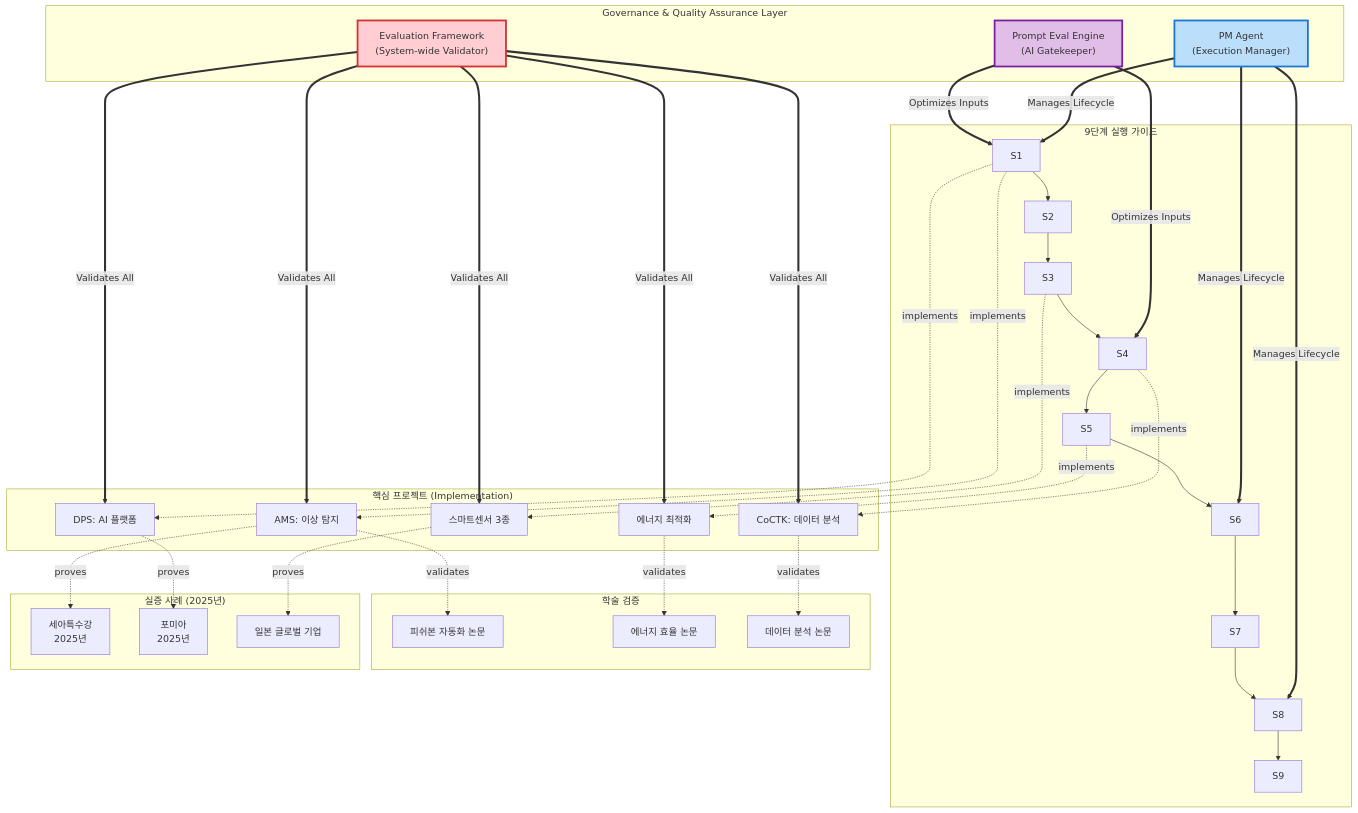
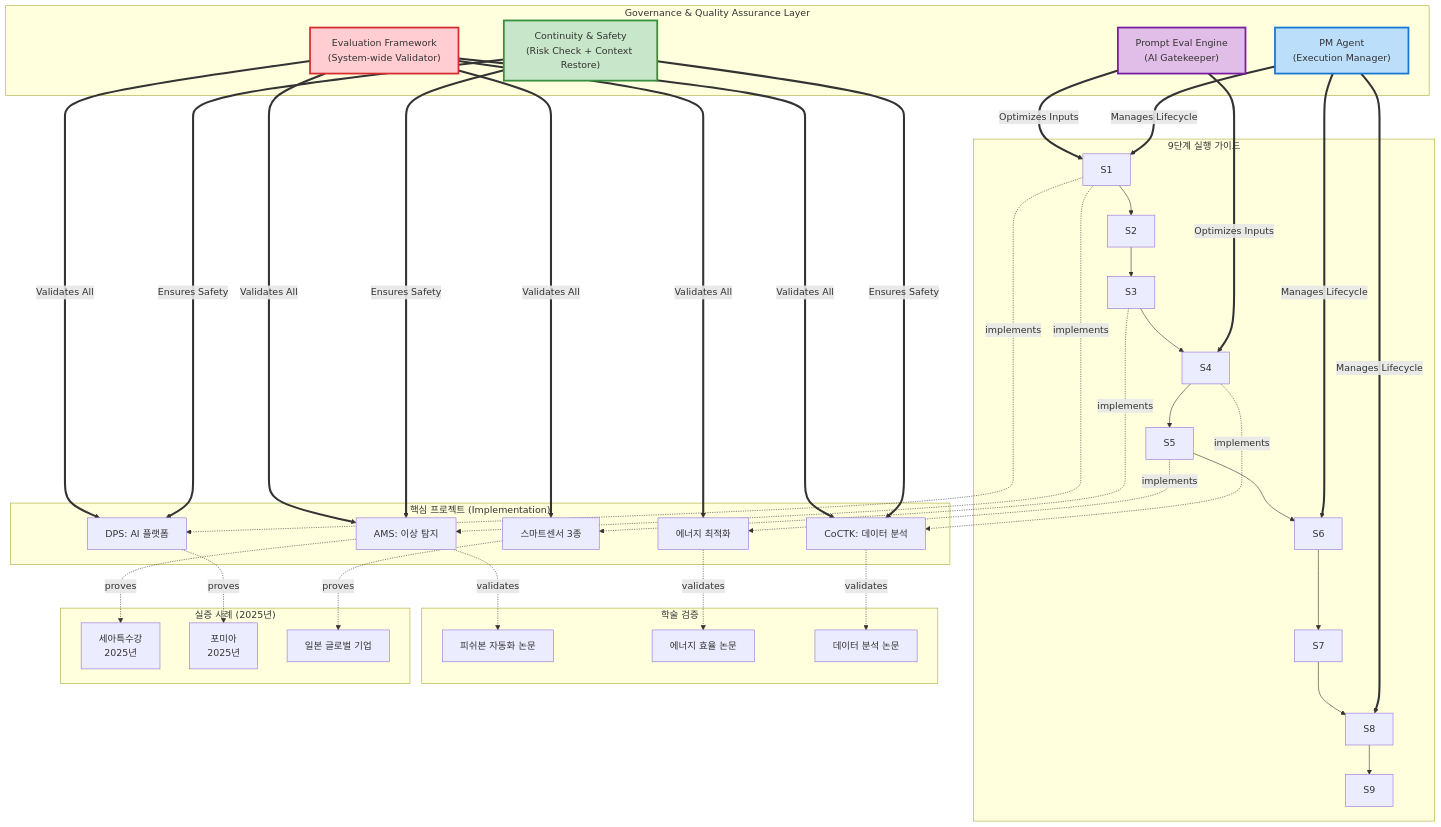
The first of 8 diagrams in portfolio/portfolio_docs/00_Relationship_Map.md (moobaek/Testing_AI_agents_for_public_use), drawn with Mermaid before and after one commit. The commit also changed 29 other files, not shown here.

````diff
--- a/portfolio/portfolio_docs/00_Relationship_Map.md
+++ b/portfolio/portfolio_docs/00_Relationship_Map.md
@@ -12,57 +12,60 @@
 ```mermaid
 graph TB
     subgraph "Governance & Quality Assurance Layer"
         EVAL["Evaluation Framework<br/>(System-wide Validator)"]
         PROMPT["Prompt Eval Engine<br/>(AI Gatekeeper)"]
         PM["PM Agent<br/>(Execution Manager)"]
+        SAFE["Continuity & Safety<br/>(Risk Check + Context Restore)"]
     end
 
     subgraph "9단계 실행 가이드"
         S1 --> S2 --> S3 --> S4 --> S5
         S5 --> S6 --> S7 --> S8 --> S9
     end
     
     subgraph "핵심 프로젝트 (Implementation)"
         AMS["AMS: 이상 탐지"]
         DPS["DPS: AI 플랫폼"]
         CoCTK["CoCTK: 데이터 분석"]
         SENSOR["스마트센서 3종"]
         ENERGY["에너지 최적화"]
     end
     
     subgraph "학술 검증"
         P1["피쉬본 자동화 논문"]
         P2["에너지 효율 논문"]
         P3["데이터 분석 논문"]
     end
     
     subgraph "실증 사례 (2025년)"
         T1["세아특수강<br/>2025년"]
         T2["포미아<br/>2025년"]
         T3["일본 글로벌 기업"]
     end
     
     %% Governance Relations - The Overseers
     EVAL == "Validates All" ==> AMS & DPS & CoCTK & SENSOR & ENERGY
     PROMPT == "Optimizes Inputs" ==> S1 & S4
     PM == "Manages Lifecycle" ==> S1 & S6 & S8
+    SAFE == "Ensures Safety" ==> AMS & DPS & CoCTK
     
     %% Standard Project Relations
     S1 -. "implements" .-> AMS
     S1 -. "implements" .-> DPS
     S3 -. "implements" .-> SENSOR
     S4 -. "implements" .-> CoCTK
     S5 -. "implements" .-> ENERGY
     
     AMS -. "validates" .-> P1
     ENERGY -. "validates" .-> P2
     CoCTK -. "validates" .-> P3
     
     AMS -. "proves" .-> T1
     DPS -. "proves" .-> T2
     SENSOR -. "proves" .-> T3
     
     style EVAL fill:#ffcdd2,stroke:#d32f2f,stroke-width:3px
     style PROMPT fill:#e1bee7,stroke:#7b1fa2,stroke-width:3px
     style PM fill:#bbdefb,stroke:#1976d2,stroke-width:3px
+    style SAFE fill:#c8e6c9,stroke:#388e3c,stroke-width:3px
 ```
````
